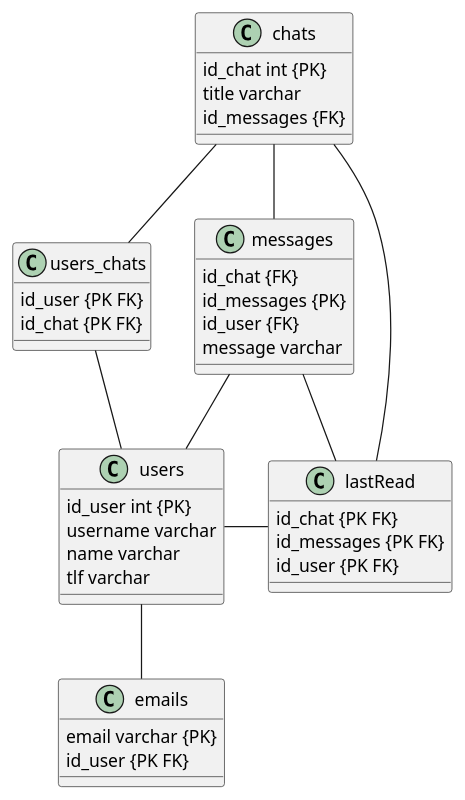
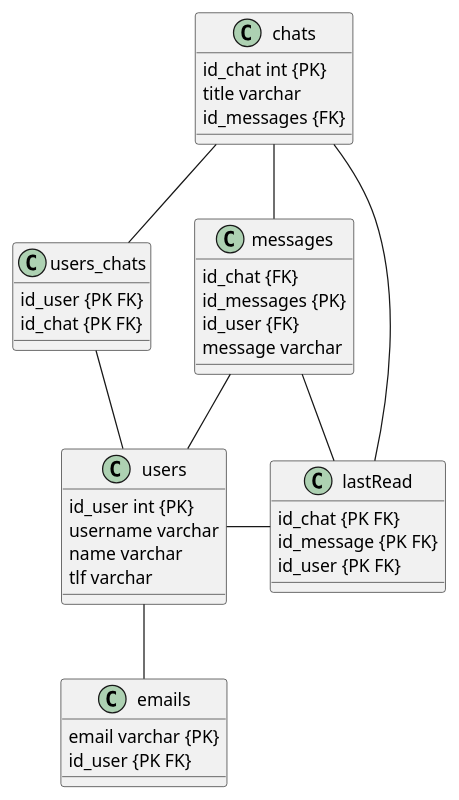
Before and after one commit to freebattie/pg209exam-freebattie: the diagram in documentation/db_ER-model.puml, drawn with PlantUML. The commit also changed 2 other files, not shown here.

```diff
--- a/documentation/db_ER-model.puml
+++ b/documentation/db_ER-model.puml
@@ -1,52 +1,52 @@
 @startuml
 'https://plantuml.com/class-diagram
 
 chats  --  users_chats
 chats -- messages
 chats --- lastRead
 
 users_chats -- users
 
 messages -- users
 messages -- lastRead
 
 users - lastRead
 users -- emails
 
 class chats{
     id_chat int {PK}
     title varchar
     id_messages {FK}
 }
 
 class users_chats{
     id_user {PK FK}
     id_chat {PK FK}
 }
 
 class messages {
     id_chat {FK}
     id_messages {PK}
     id_user {FK}
     message varchar
 }
 
 class lastRead{
     id_chat {PK FK}
-    id_messages {PK FK}
+    id_message {PK FK}
     id_user {PK FK}
 }
 
 class users {
     id_user int {PK}
     username varchar
     name varchar
     tlf varchar
 }
 
 class emails {
     email varchar {PK}
     id_user {PK FK}
 }
 
 @enduml
```
